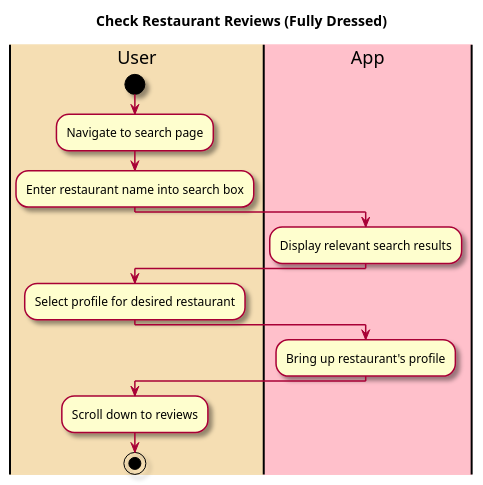
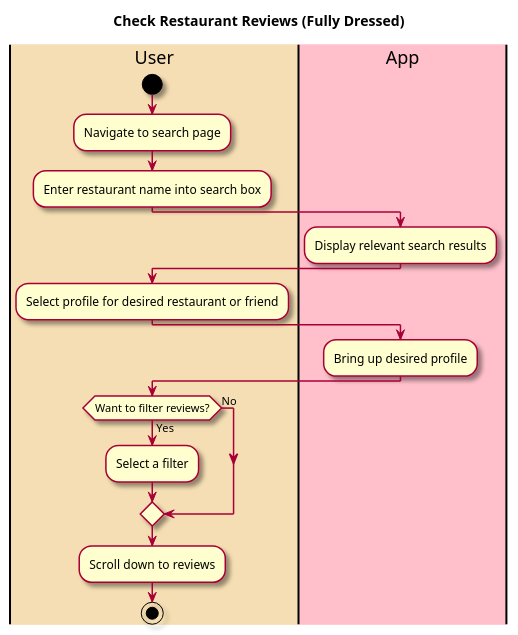
Before and after one commit to tanwasp/LunchBox-Android: the diagram in intellij/doc/use_cases/check-restaurant-reviews.md, drawn with PlantUML. The commit also changed other lines of this file and 2 other files, not shown here.

Commit message:
Use cases: check restaurant review and respond to review

````diff
--- a/intellij/doc/use_cases/check-restaurant-reviews.md
+++ b/intellij/doc/use_cases/check-restaurant-reviews.md
@@ -22,30 +26,37 @@
 ```plantuml
 @startuml
 
 skin rose
 
 title Check Restaurant Reviews (Fully Dressed)
 
 |#wheat|User|
 |#pink|App|
 
 |User|
 start
 :Navigate to search page;
 :Enter restaurant name into search box;
 
 |App|
 :Display relevant search results;
 
 |User|
-:Select profile for desired restaurant;
+:Select profile for desired restaurant or friend;
 
 |App|
-:Bring up restaurant's profile;
+:Bring up desired profile;
+
 
 |User|
+
+if (Want to filter reviews?) is (Yes) then 
+:Select a filter;
+else (No)
+endif
+
 :Scroll down to reviews;
 
 stop
 @enduml
 ```
````
